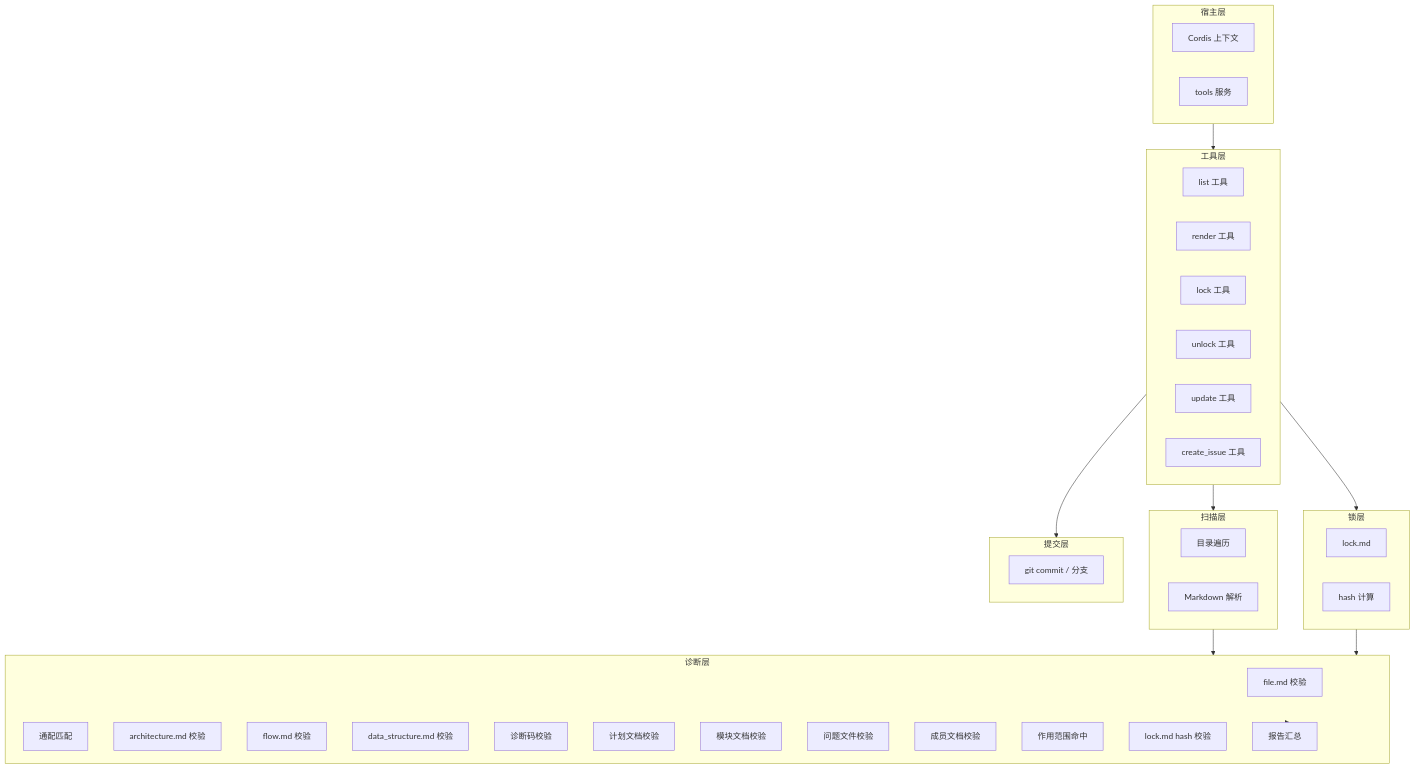
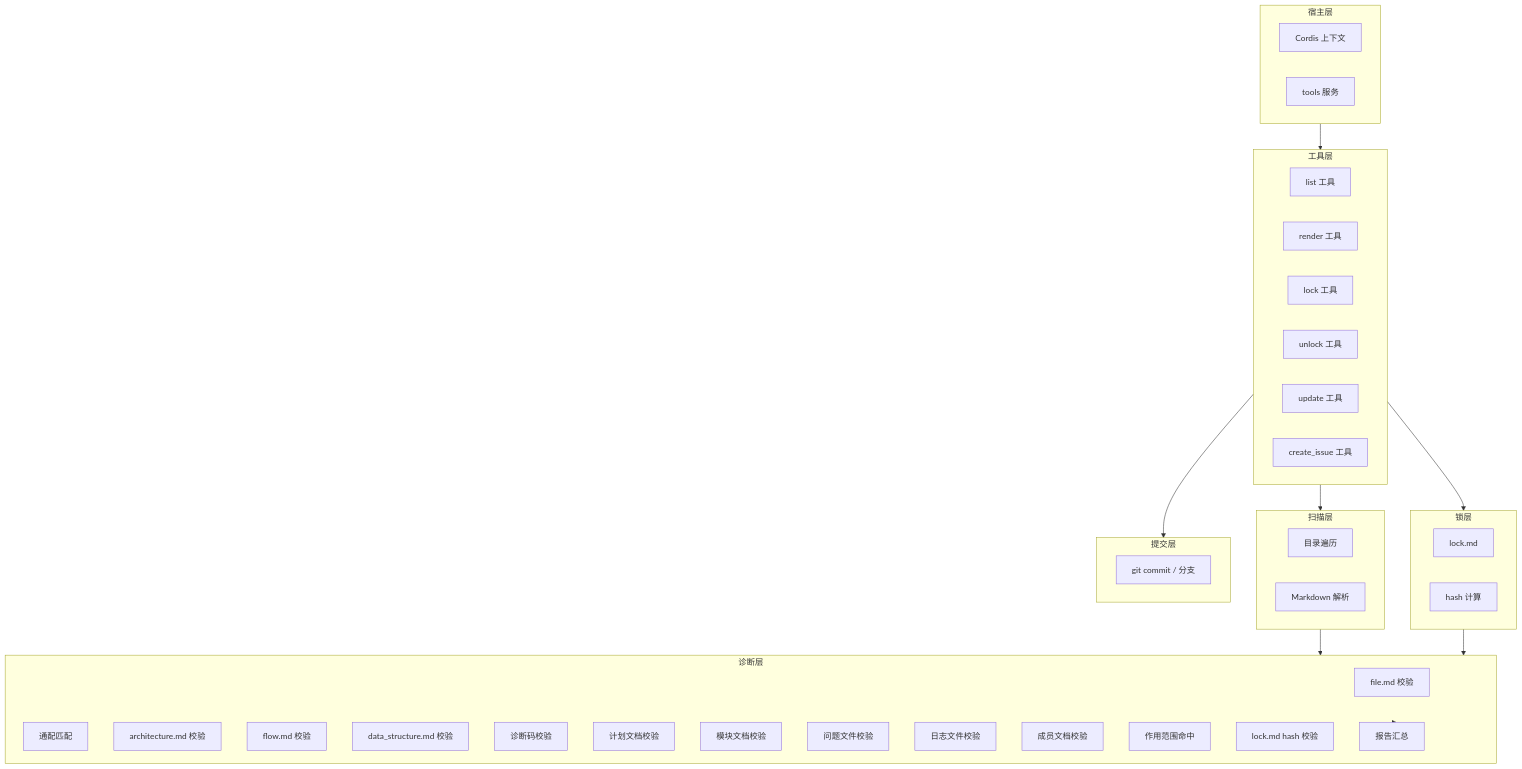
Before and after one commit to Cangjier/coder: the first of 12 diagrams in .coder/design/architecture.md, drawn with Mermaid. The commit also changed other lines of this file and 20 other files, not shown here.

````diff
--- a/.coder/design/architecture.md
+++ b/.coder/design/architecture.md
@@ -5,48 +5,49 @@
 ```mermaid
 flowchart TB
   subgraph 宿主层
     cordis["Cordis 上下文"]
     tools["tools 服务"]
   end
   subgraph 工具层
     list["list 工具"]
     render["render 工具"]
     lock["lock 工具"]
     unlock["unlock 工具"]
     update["update 工具"]
     issue["create_issue 工具"]
   end
   subgraph 扫描层
     walk["目录遍历"]
     parse["Markdown 解析"]
   end
   subgraph 诊断层
     file["file.md 校验"]
     glob["通配匹配"]
     arch["architecture.md 校验"]
     flow["flow.md 校验"]
     data["data_structure.md 校验"]
     diag["诊断码校验"]
     plan["计划文档校验"]
     module["模块文档校验"]
     issueDoc["问题文件校验"]
+    logDoc["日志文件校验"]
     memberDoc["成员文档校验"]
     scope["作用范围命中"]
     lockHash["lock.md hash 校验"]
     report["报告汇总"]
   end
   subgraph 锁层
     lockFile["lock.md"]
     hash["hash 计算"]
   end
   subgraph 提交层
     git["git commit / 分支"]
   end
   宿主层 --> 工具层
   工具层 --> 扫描层
   工具层 --> 锁层
   工具层 --> 提交层
   扫描层 --> 诊断层
   锁层 --> 诊断层
   诊断层 --> report
 ```
````
